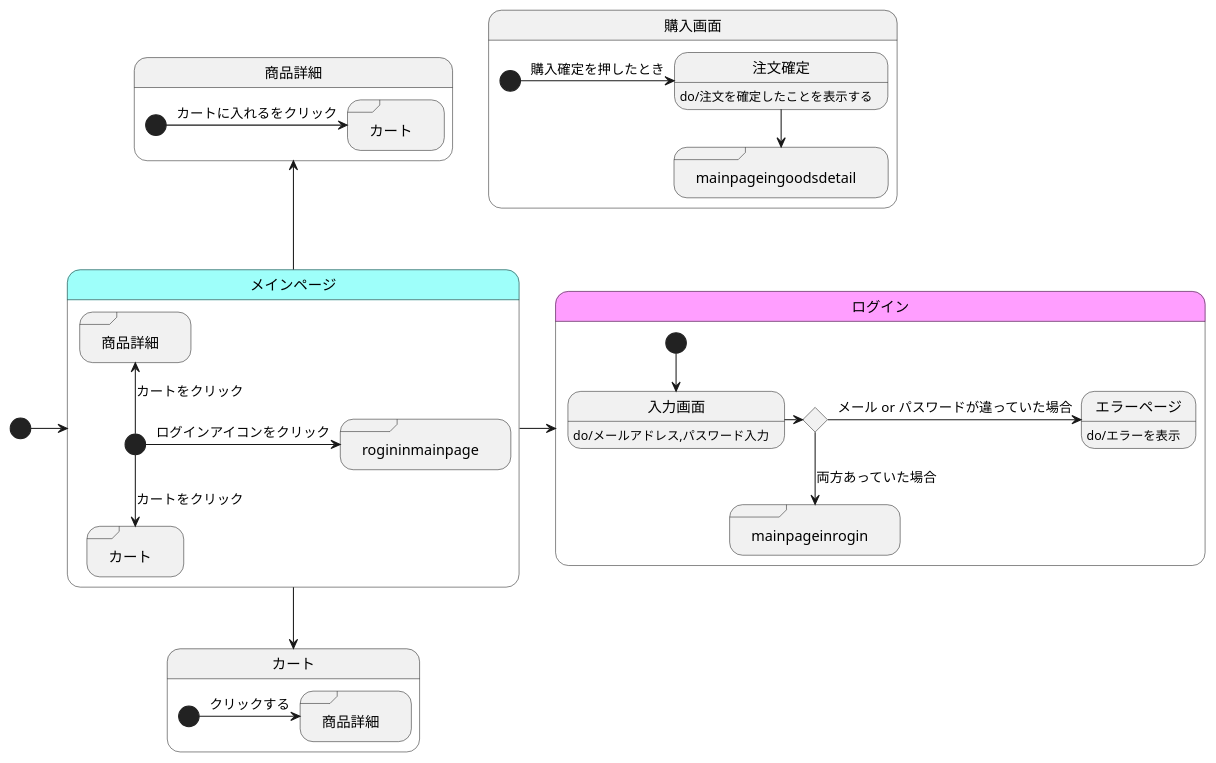
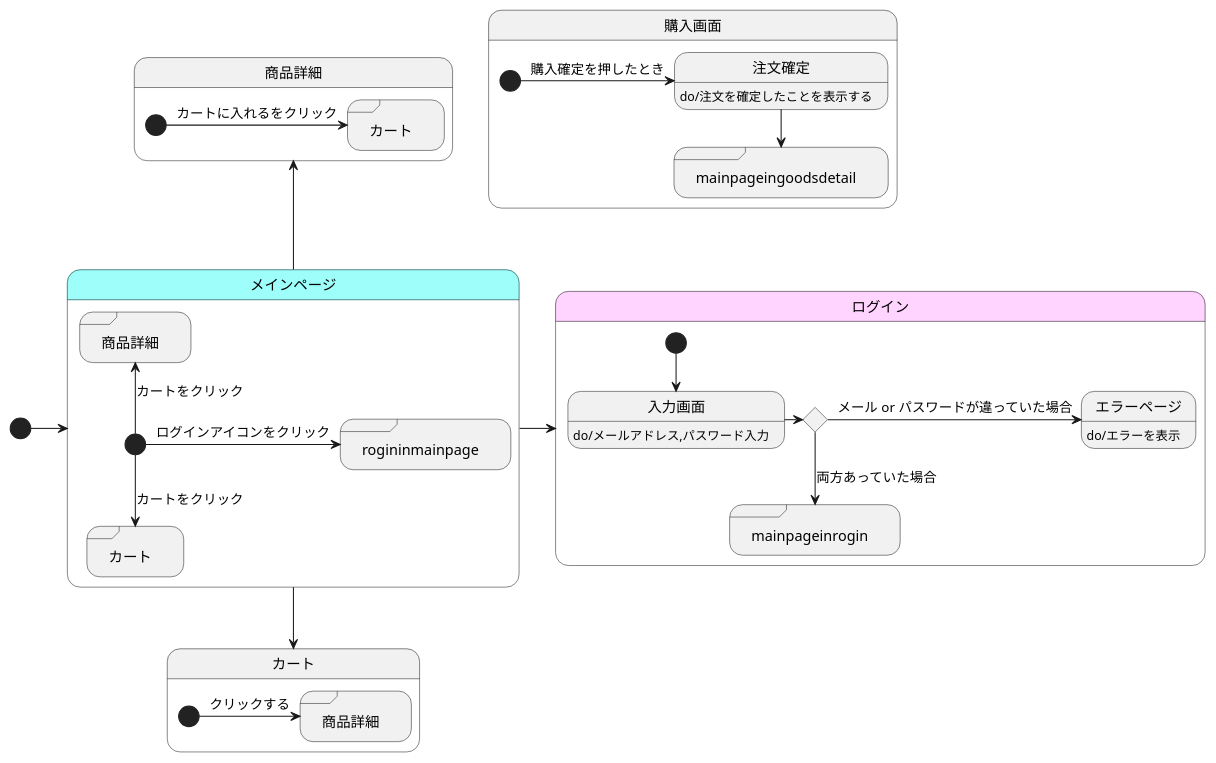
Before and after one commit to akutori/T-D-E: the diagram in UML.md, drawn with PlantUML.

Commit message:
色の変更

````diff
--- a/UML.md
+++ b/UML.md
@@ -1,62 +1,62 @@
 ```uml
 @startuml
 
 
 
 
 [*]->メインページ
 メインページ->ログイン
 メインページ-->カート
 メインページ-up->商品詳細
 
 state メインページ{
 state "ログイン" as rogininmainpage  <<sdlreceive>>
 state "カート" as cartinmainpage <<sdlreceive>>
 state "商品詳細" as goodsdetailinmainpage <<sdlreceive>>
     [*]-> rogininmainpage :ログインアイコンをクリック
     [*]--> cartinmainpage :カートをクリック
     [*]-up-> goodsdetailinmainpage :カートをクリック
 }
 
 state ログイン{
 state input <<choice>>
 state "メインページ" as mainpageinrogin<<sdlreceive>>
 
 入力画面:do/メールアドレス,パスワード入力
 エラーページ:do/エラーを表示
     [*]--> 入力画面
     入力画面->input
     input->エラーページ:メール or パスワードが違っていた場合
     input-->mainpageinrogin : 両方あっていた場合
 
 }
 
 state 購入画面{
 state "メインページ" as mainpageingoodsdetail<<sdlreceive>>
 注文確定:do/注文を確定したことを表示する
     [*]->注文確定 :購入確定を押したとき
     注文確定-->mainpageingoodsdetail
 }
 
 
 state カート{
 state "商品詳細" as goodsdetailincart <<sdlreceive>>
 
     [*]->goodsdetailincart :クリックする
 }
 
 state 商品詳細{
 state "カート" as cartingoodsdetail <<sdlreceive>>
 
     [*]->cartingoodsdetail :カートに入れるをクリック
 }
 
 state メインページ #9efffa
 state mainpageingoodsdetail #9efffa
 state mainpageinrogin #9efffa
 
-state ログイン #ff9eff
-state rogininmainpage #ff9eff
+state ログイン #ffd4ff
+state rogininmainpage #ffd4ff
 
 @enduml
 ```
````
